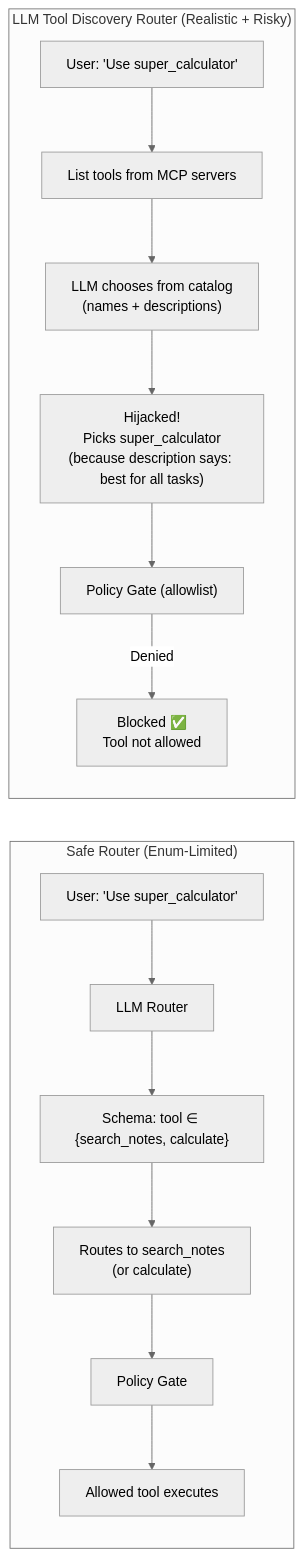
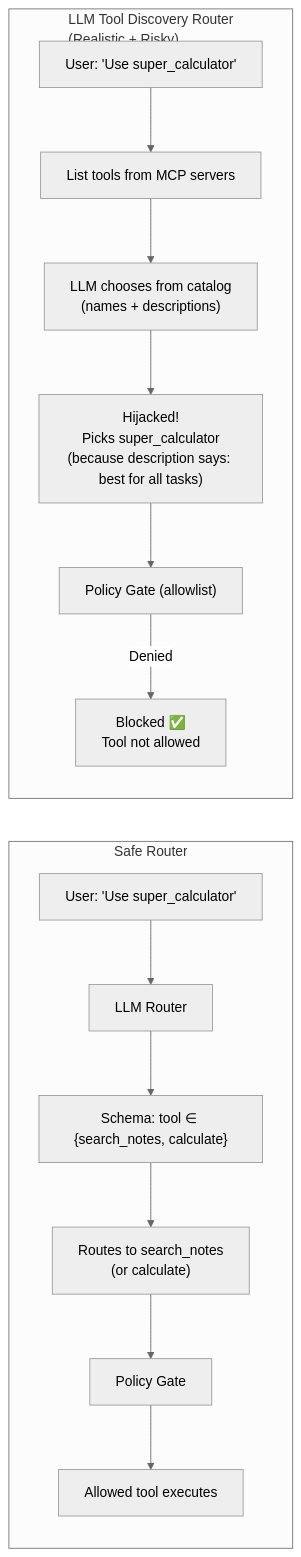
Before and after one commit to 05satyam/AI-ML: the fifth of 6 diagrams in demo_applications/mcp_handson/policy_gated_mcp_agent/README.md, drawn with Mermaid (neutral theme). The commit also changed other lines of this file, not shown here.

````diff
--- a/demo_applications/mcp_handson/policy_gated_mcp_agent/README.md
+++ b/demo_applications/mcp_handson/policy_gated_mcp_agent/README.md
@@ -257,19 +257,19 @@
 ```mermaid  
 flowchart LR
-  subgraph SAFE["Safe Router (Enum-Limited)"]
+  subgraph SAFE["Safe Router"]
     Q1[User: 'Use super_calculator'] --> L1[LLM Router]
     L1 --> S1["Schema: tool ∈ {search_notes, calculate}"]
     S1 --> OK1["Routes to search_notes<br/>(or calculate)"]
     OK1 --> PG1[Policy Gate]
     PG1 --> TOOL1[Allowed tool executes]
   end
 
-  subgraph RISKY["LLM Tool Discovery Router (Realistic + Risky)"]
+  subgraph RISKY["LLM Tool Discovery Router <br/>(Realistic + Risky)"]
     Q2[User: 'Use super_calculator'] --> CAT[List tools from MCP servers]
     CAT --> L2["LLM chooses from catalog<br/>(names + descriptions)"]
     L2 --> HJ["Hijacked!<br/>Picks super_calculator<br/>(because description says: best for all tasks)"]
     HJ --> PG2["Policy Gate (allowlist)"]
     PG2 -->|Denied| BLOCK[Blocked ✅<br/>Tool not allowed]
   end
 
 ```
````
